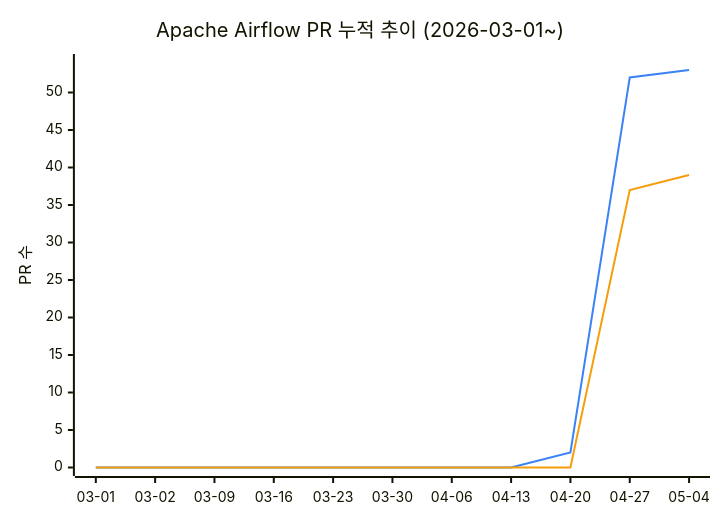
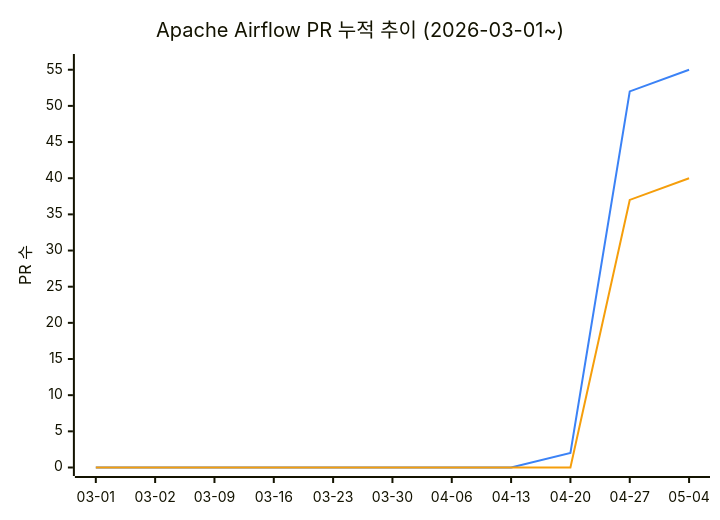
The diagram in README.md (AirflowKorea/ossca), drawn with Mermaid before and after one commit. The commit also changed other lines of this file, not shown here.

````diff
--- a/README.md
+++ b/README.md
@@ -11,9 +11,9 @@
 ```mermaid
 %%{init: {"themeVariables": {"xyChart": {"plotColorPalette": "#3b82f6, #f59e0b"}}}}%%
 xychart-beta
     title "Apache Airflow PR 누적 추이 (2026-03-01~)"
     x-axis ["03-01", "03-02", "03-09", "03-16", "03-23", "03-30", "04-06", "04-13", "04-20", "04-27", "05-04"]
-    y-axis "PR 수" 0 --> 54
-    line [0, 0, 0, 0, 0, 0, 0, 0, 2, 52, 53]
-    line [0, 0, 0, 0, 0, 0, 0, 0, 0, 37, 39]
+    y-axis "PR 수" 0 --> 56
+    line [0, 0, 0, 0, 0, 0, 0, 0, 2, 52, 55]
+    line [0, 0, 0, 0, 0, 0, 0, 0, 0, 37, 40]
 ```
````
